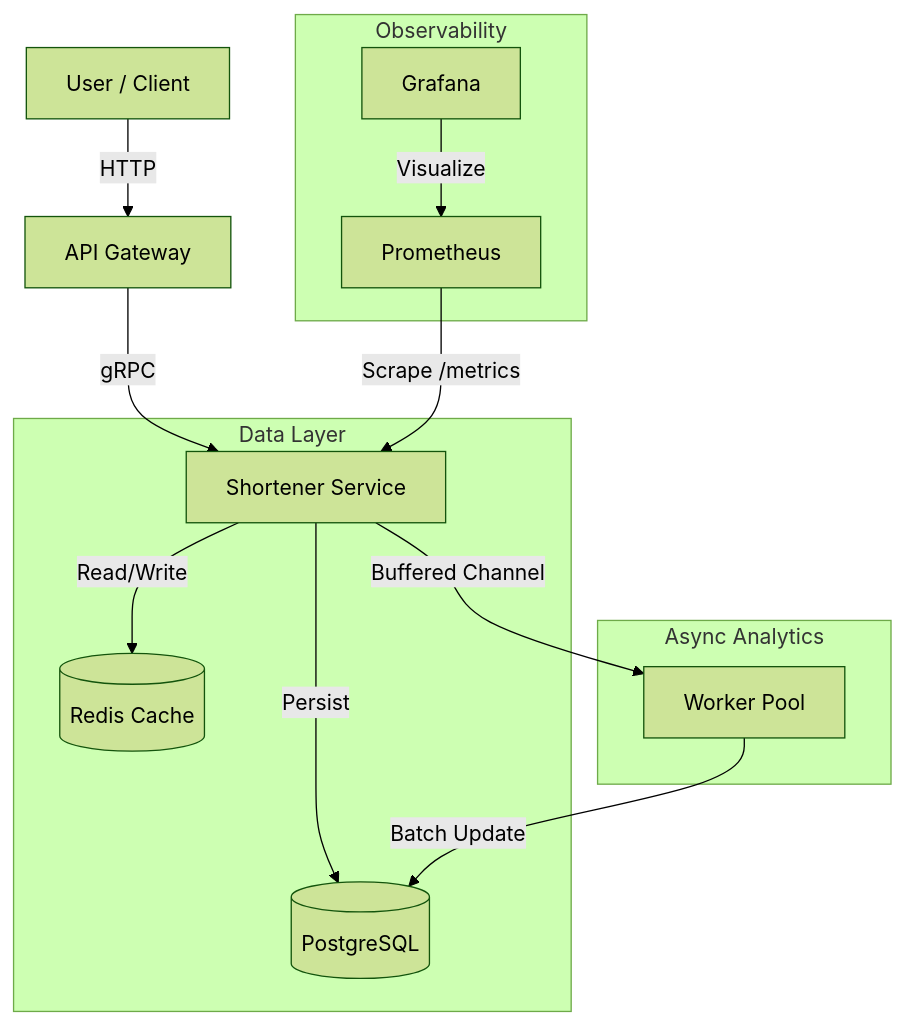
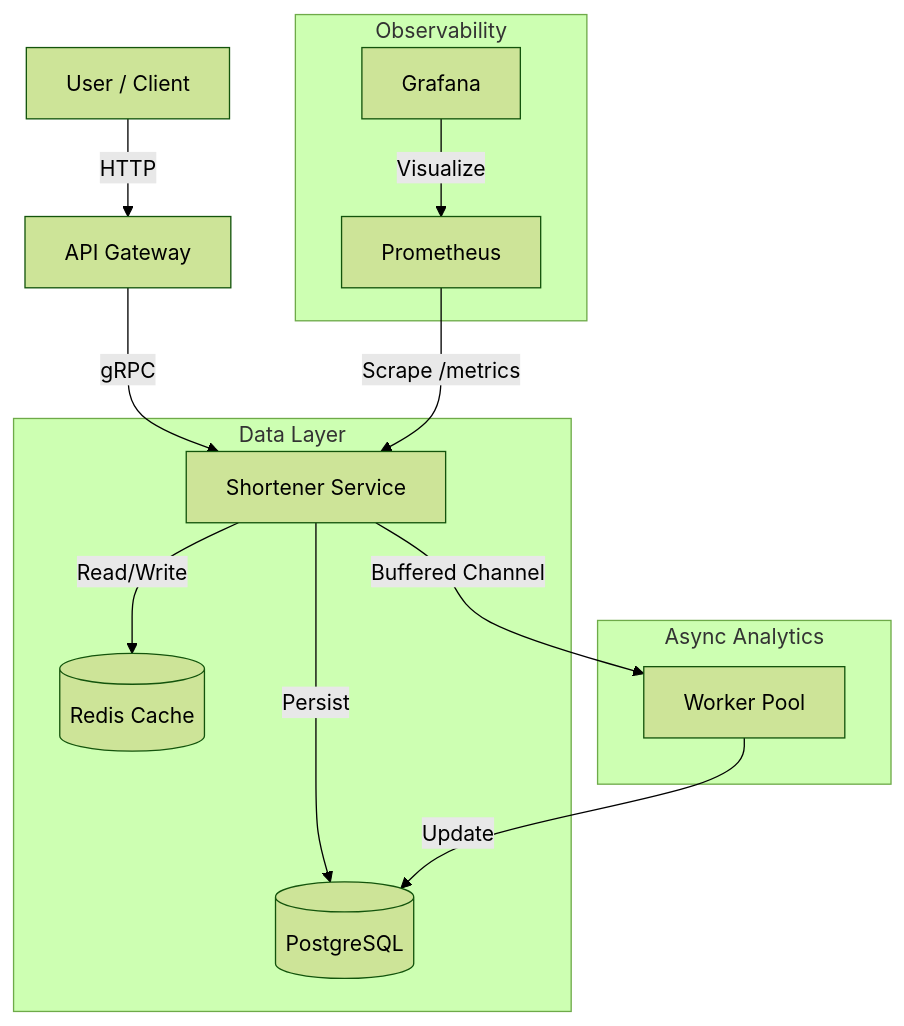
One commit to JoYBoy7214/distributed_shortener changed the diagram in README.md. Above: the diagram before and after it, drawn with Mermaid (forest theme).

Commit message:
Readme updated

````diff
--- a/README.md
+++ b/README.md
@@ -17,17 +17,17 @@
 ```mermaid
 graph TD
 User["User / Client"] -->|HTTP| Gateway["API Gateway"]
 Gateway -->|gRPC| Service["Shortener Service"]
 subgraph Data_Layer [Data Layer]
 Service -->|Read/Write| Redis[("Redis Cache")]
 Service -->|Persist| DB[("PostgreSQL")]
 end
 subgraph Async_Analytics [Async Analytics]
 Service -->|Buffered Channel| Worker["Worker Pool"]
-Worker -->|Batch Update| DB
+Worker -->|Update| DB
 end
 subgraph Observability_Layer [Observability]
 Prometheus -->|"Scrape /metrics"| Service
 Grafana -->|Visualize| Prometheus
 end
 ```
````
